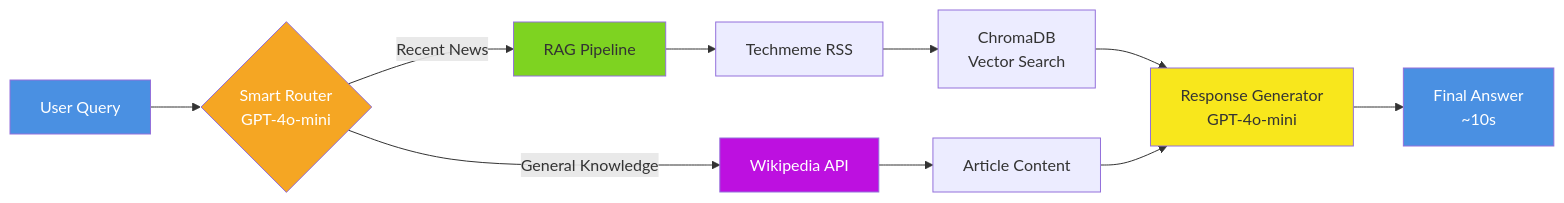
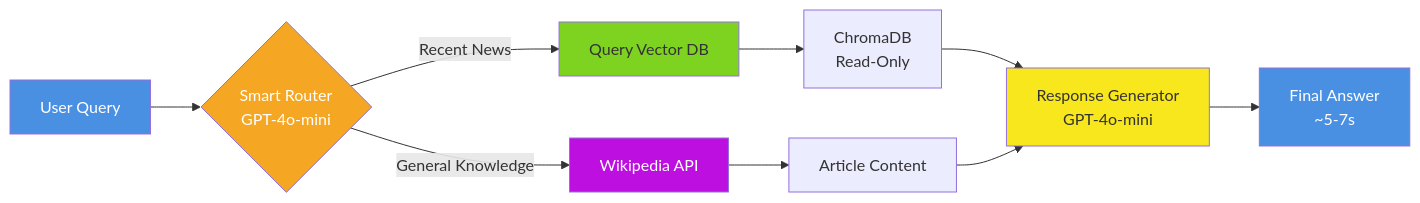
Before and after one commit to kensuke0529/AI-News-Analyst: the second of 2 diagrams in README.md, drawn with Mermaid. The commit also changed other lines of this file and 11 other files, not shown here.

````diff
--- a/README.md
+++ b/README.md
@@ -41,23 +86,22 @@
 ```mermaid
 graph LR
     A[User Query] --> B{Smart Router<br/>GPT-4o-mini}
     
-    B -->|Recent News| C[RAG Pipeline]
+    B -->|Recent News| C[Query Vector DB]
     B -->|General Knowledge| D[Wikipedia API]
     
-    C --> E[Techmeme RSS]
-    E --> F[ChromaDB<br/>Vector Search]
-    F --> G[Response Generator<br/>GPT-4o-mini]
+    C --> E[ChromaDB<br/>Read-Only]
+    D --> F[Article Content]
     
-    D --> H[Article Content]
-    H --> G
+    E --> G[Response Generator<br/>GPT-4o-mini]
+    F --> G
     
-    G --> I[Final Answer<br/>~10s]
+    G --> H[Final Answer<br/>~5-7s]
     
     style A fill:#4A90E2,color:#fff
     style B fill:#F5A623,color:#fff
     style C fill:#7ED321
     style D fill:#BD10E0,color:#fff
     style G fill:#F8E71C
-    style I fill:#4A90E2,color:#fff
+    style H fill:#4A90E2,color:#fff
 ```
````
